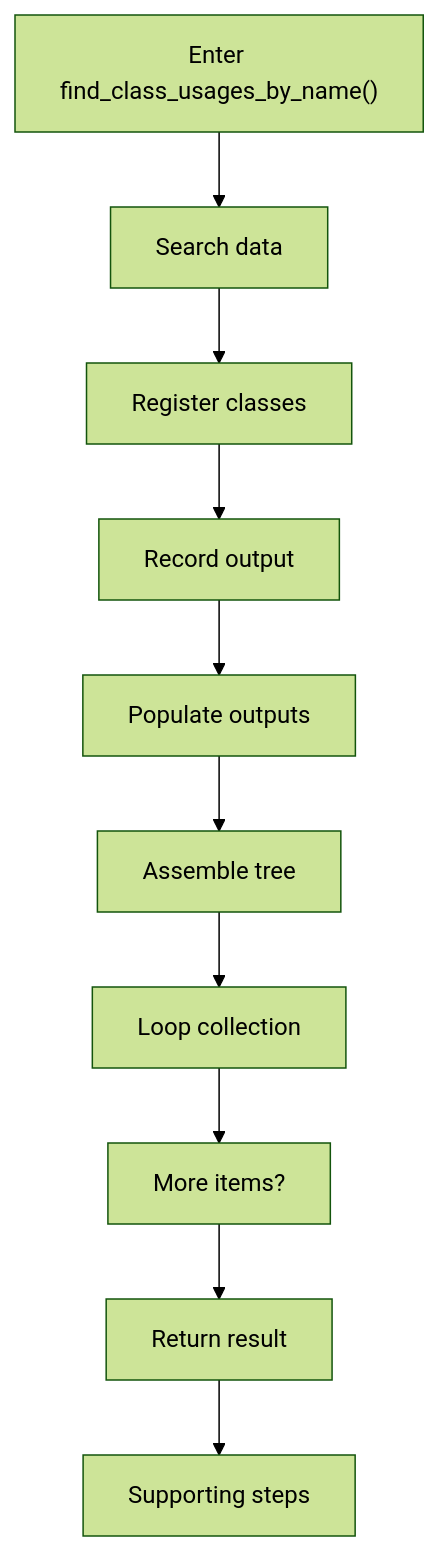
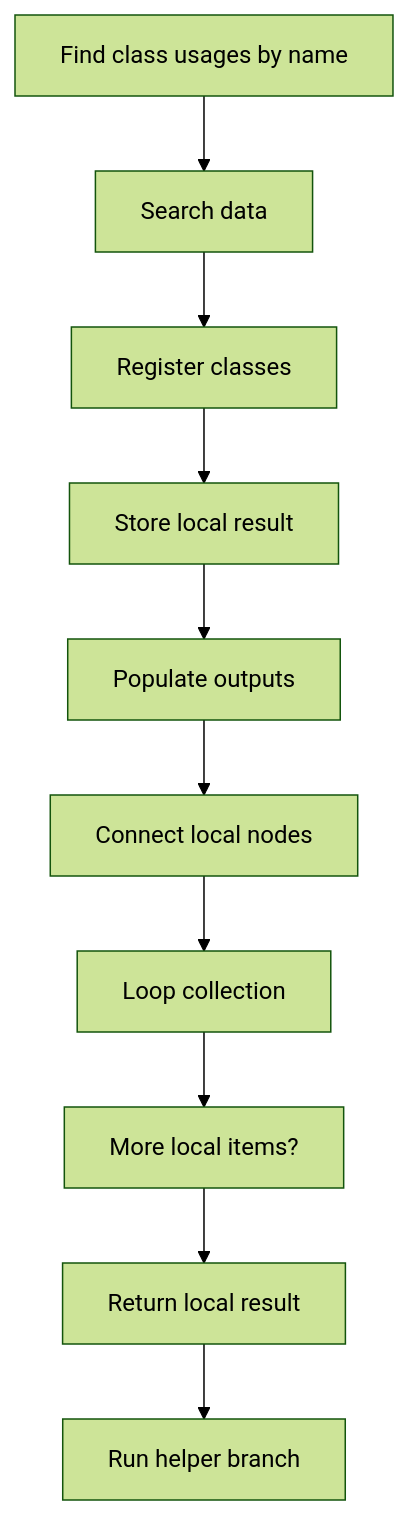
One commit to JohnAndrewBalbarosa/NeoTerritory changed the seventh of 8 diagrams in docs/Codebase/Microservice/Modules/Source/Analysis/ImplementationUse/Resolution/Symbols/Query/Flow/symbols_queries_program_flow.cpp.md. Above: the diagram before and after it, drawn with Mermaid (forest theme). The commit also changed other lines of this file and 915 other files, not shown here.

````diff
--- a/docs/Codebase/Microservice/Modules/Source/Analysis/ImplementationUse/Resolution/Symbols/Query/Flow/symbols_queries_program_flow.cpp.md
+++ b/docs/Codebase/Microservice/Modules/Source/Analysis/ImplementationUse/Resolution/Symbols/Query/Flow/symbols_queries_program_flow.cpp.md
@@ -171,22 +171,22 @@
 ```mermaid
 flowchart TD
-    N0["Enter find_class_usages_by_name()"]
+    N0["Find class usages by name"]
     N1["Search data"]
     N2["Register classes"]
-    N3["Record output"]
+    N3["Store local result"]
     N4["Populate outputs"]
-    N5["Assemble tree"]
+    N5["Connect local nodes"]
     N6["Loop collection"]
-    N7["More items?"]
-    N8["Return result"]
-    N9["Supporting steps"]
+    N7["More local items?"]
+    N8["Return local result"]
+    N9["Run helper branch"]
     N0 --> N1
     N1 --> N2
     N2 --> N3
     N3 --> N4
     N4 --> N5
     N5 --> N6
     N6 --> N7
     N7 --> N8
     N8 --> N9
 ```
````
